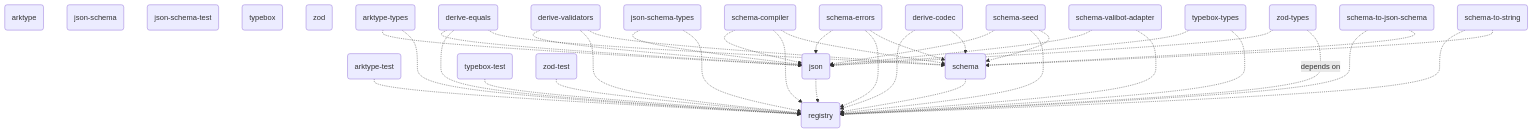
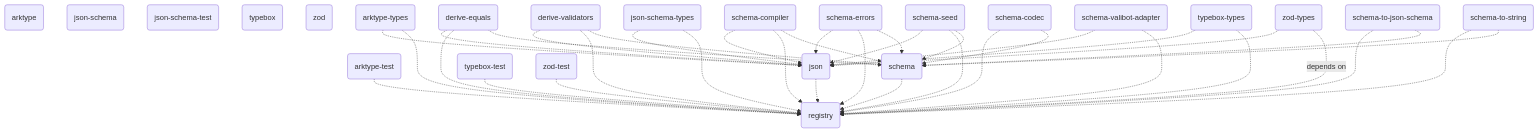
Before and after one commit to traversable/schema: the diagram in README.md, drawn with Mermaid. The commit also changed 29 other files, not shown here.

Commit message:
init(schema-codec): renames `@traversable/derive-codec` to `@traversable/schema-codec`

````diff
--- a/README.md
+++ b/README.md
@@ -78,45 +78,45 @@
 ```mermaid
 flowchart TD
     arktype(arktype)
     json-schema(json-schema)
     json-schema-test(json-schema-test)
     registry(registry)
     typebox(typebox)
     zod(zod)
     arktype-test(arktype-test) -.-> registry(registry)
     json(json) -.-> registry(registry)
     schema(schema) -.-> registry(registry)
     typebox-test(typebox-test) -.-> registry(registry)
     zod-test(zod-test) -.-> registry(registry)
     arktype-types(arktype-types) -.-> json(json)
     arktype-types(arktype-types) -.-> registry(registry)
-    derive-codec(derive-codec) -.-> registry(registry)
-    derive-codec(derive-codec) -.-> schema(schema)
     derive-equals(derive-equals) -.-> json(json)
     derive-equals(derive-equals) -.-> registry(registry)
     derive-equals(derive-equals) -.-> schema(schema)
     derive-validators(derive-validators) -.-> json(json)
     derive-validators(derive-validators) -.-> registry(registry)
     derive-validators(derive-validators) -.-> schema(schema)
     json-schema-types(json-schema-types) -.-> json(json)
     json-schema-types(json-schema-types) -.-> registry(registry)
+    schema-codec(schema-codec) -.-> registry(registry)
+    schema-codec(schema-codec) -.-> schema(schema)
     schema-compiler(schema-compiler) -.-> json(json)
     schema-compiler(schema-compiler) -.-> registry(registry)
     schema-compiler(schema-compiler) -.-> schema(schema)
     schema-errors(schema-errors) -.-> json(json)
     schema-errors(schema-errors) -.-> registry(registry)
     schema-errors(schema-errors) -.-> schema(schema)
     schema-seed(schema-seed) -.-> json(json)
     schema-seed(schema-seed) -.-> registry(registry)
     schema-seed(schema-seed) -.-> schema(schema)
     schema-to-json-schema(schema-to-json-schema) -.-> registry(registry)
     schema-to-json-schema(schema-to-json-schema) -.-> schema(schema)
     schema-to-string(schema-to-string) -.-> registry(registry)
     schema-to-string(schema-to-string) -.-> schema(schema)
     schema-valibot-adapter(schema-valibot-adapter) -.-> json(json)
     schema-valibot-adapter(schema-valibot-adapter) -.-> registry(registry)
     typebox-types(typebox-types) -.-> json(json)
     typebox-types(typebox-types) -.-> registry(registry)
     zod-types(zod-types) -.-> json(json)
     zod-types(zod-types) -.depends on.-> registry(registry)
 ```
````
